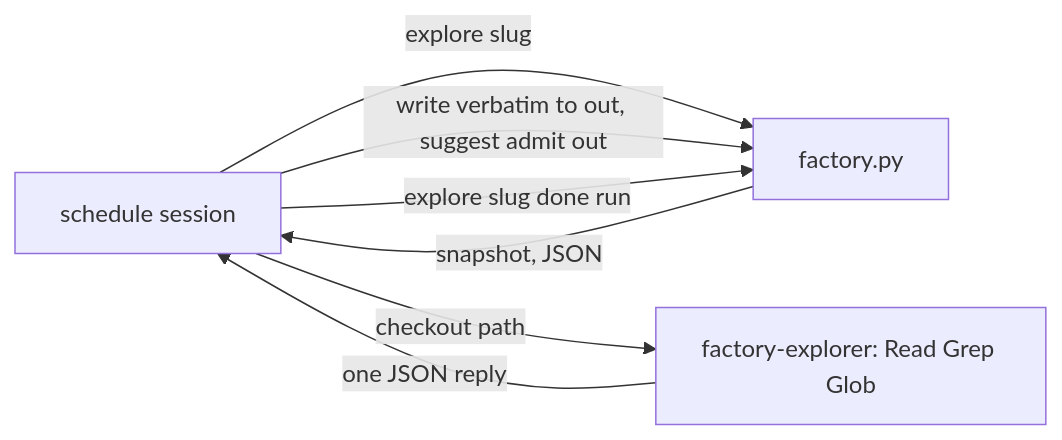
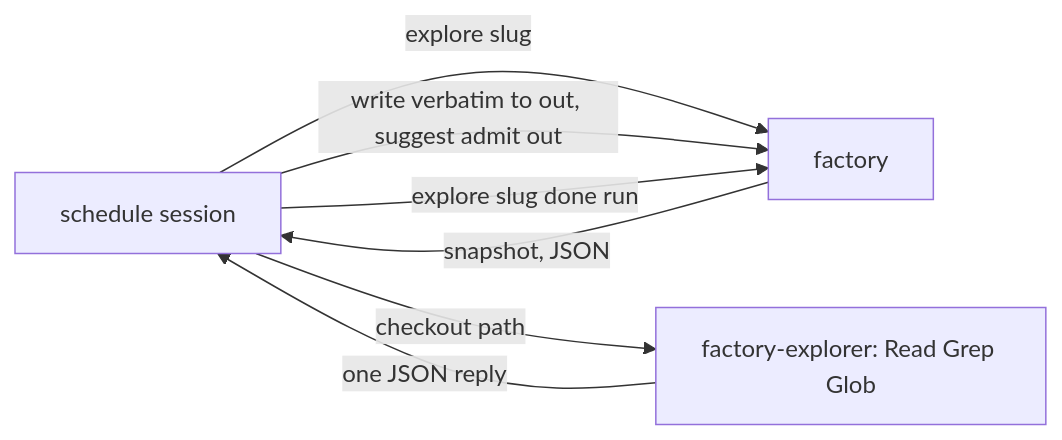
Before and after one commit to superhussain/factory: the first of 5 diagrams in docs/autonomy.md, drawn with Mermaid. The commit also changed other lines of this file and 16 other files, not shown here.

````diff
--- a/docs/autonomy.md
+++ b/docs/autonomy.md
@@ -84,9 +84,9 @@
 ```mermaid
 flowchart LR
-  S[schedule session] -->|explore slug| E[factory.py]
+  S[schedule session] -->|explore slug| E[factory]
   E -->|snapshot, JSON| S
   S -->|checkout path| X[factory-explorer: Read Grep Glob]
   X -->|one JSON reply| S
   S -->|write verbatim to out, suggest admit out| E
   S -->|explore slug done run| E
 ```
````
